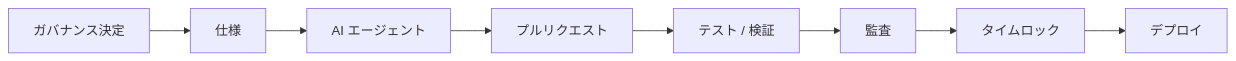
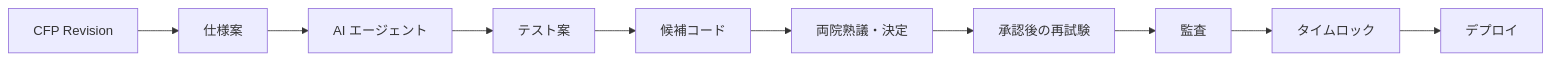
Before and after one commit to ShigeichiroYamasaki/creator-first-platform: diagram 20 of 25 in docs/whitepaper/07-governance.md, drawn with Mermaid. The commit also changed other lines of this file and 23 other files, not shown here.

````diff
--- a/docs/whitepaper/07-governance.md
+++ b/docs/whitepaper/07-governance.md
@@ -949,13 +1049,15 @@
 ```mermaid
 flowchart LR
-    GOV[ガバナンス決定]
-    SPEC[仕様]
+    CFP[CFP Revision]
+    SPEC[仕様案]
     AI[AI エージェント]
-    PR[プルリクエスト]
-    TEST[テスト / 検証]
+    TEST[テスト案]
+    PR[候補コード]
+    GOV[両院熟議・決定]
+    VERIFY[承認後の再試験]
     AUDIT[監査]
     TIME[タイムロック]
     DEPLOY[デプロイ]
 
-    GOV --> SPEC --> AI --> PR --> TEST --> AUDIT --> TIME --> DEPLOY
+    CFP --> SPEC --> AI --> TEST --> PR --> GOV --> VERIFY --> AUDIT --> TIME --> DEPLOY
 ```
````
